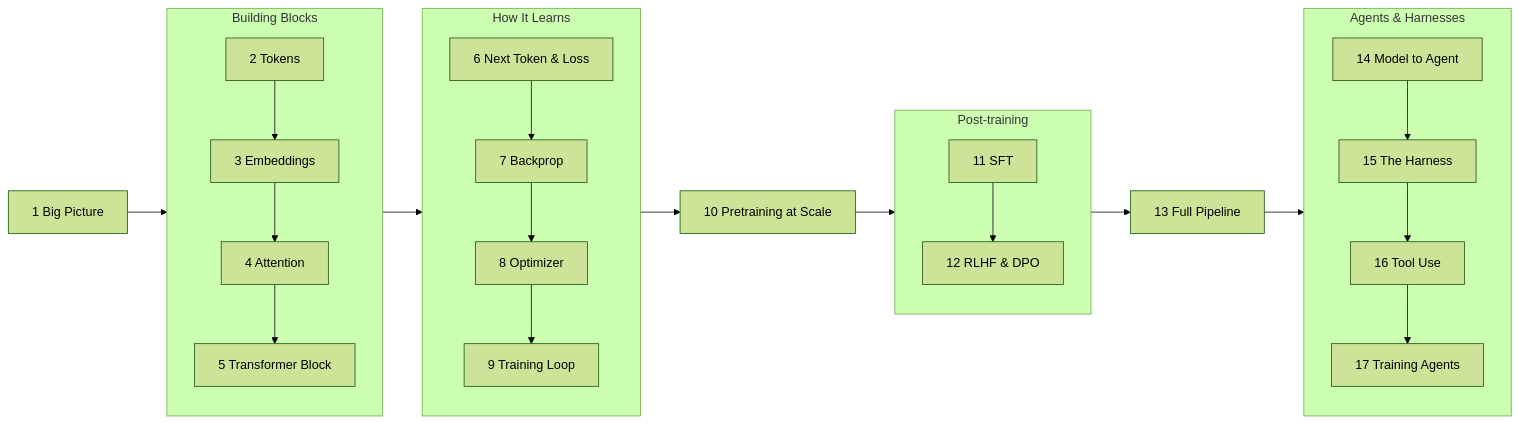
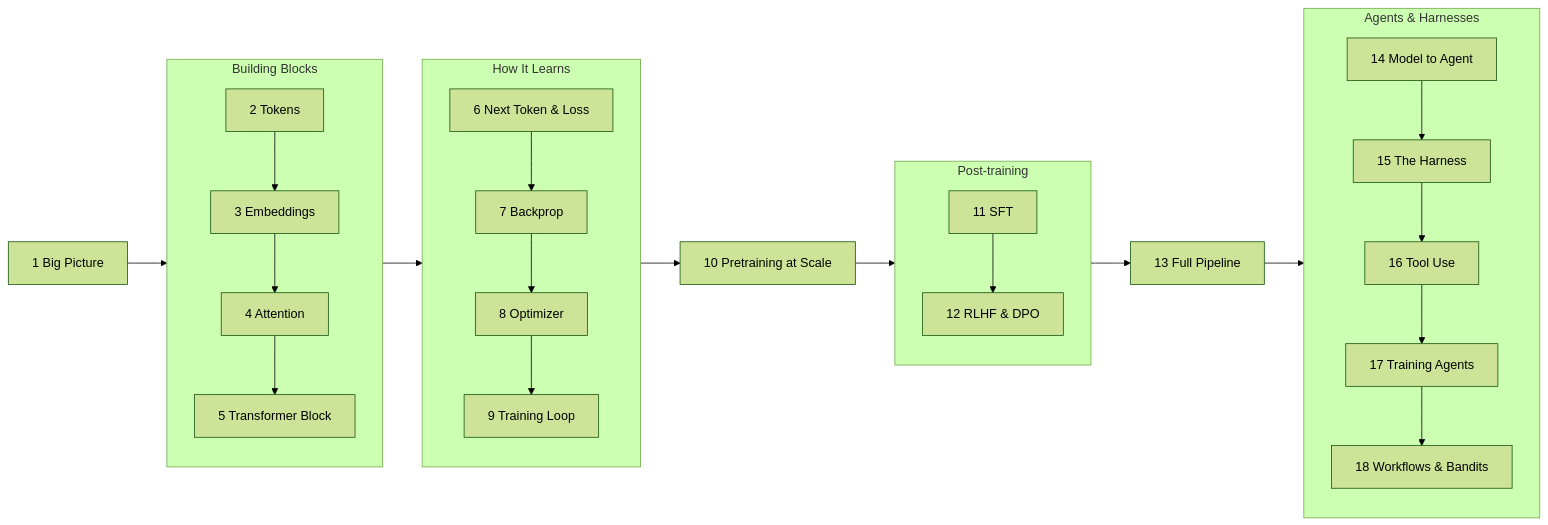
Before and after one commit to amalmehta/LLMUnderstander: the diagram in README.md, drawn with Mermaid (forest theme). The commit also changed other lines of this file and 51 other files, not shown here.

Commit message:
Save trained model between launches, add UI tests and app icon, add Workflows & Bandits chapter, stop idle timers

````diff
--- a/README.md
+++ b/README.md
@@ -16,21 +17,21 @@
 ```mermaid
 flowchart LR
     A[1 Big Picture] --> B
     subgraph B[Building Blocks]
         B2[2 Tokens] --> B3[3 Embeddings] --> B4[4 Attention] --> B5[5 Transformer Block]
     end
     B --> C
     subgraph C[How It Learns]
         C6[6 Next Token & Loss] --> C7[7 Backprop] --> C8[8 Optimizer] --> C9[9 Training Loop]
     end
     C --> D[10 Pretraining at Scale]
     D --> E
     subgraph E[Post-training]
         E11[11 SFT] --> E12[12 RLHF & DPO]
     end
     E --> F[13 Full Pipeline]
     F --> G
     subgraph G[Agents & Harnesses]
-        G14[14 Model to Agent] --> G15[15 The Harness] --> G16[16 Tool Use] --> G17[17 Training Agents]
+        G14[14 Model to Agent] --> G15[15 The Harness] --> G16[16 Tool Use] --> G17[17 Training Agents] --> G18[18 Workflows & Bandits]
     end
 ```
````
